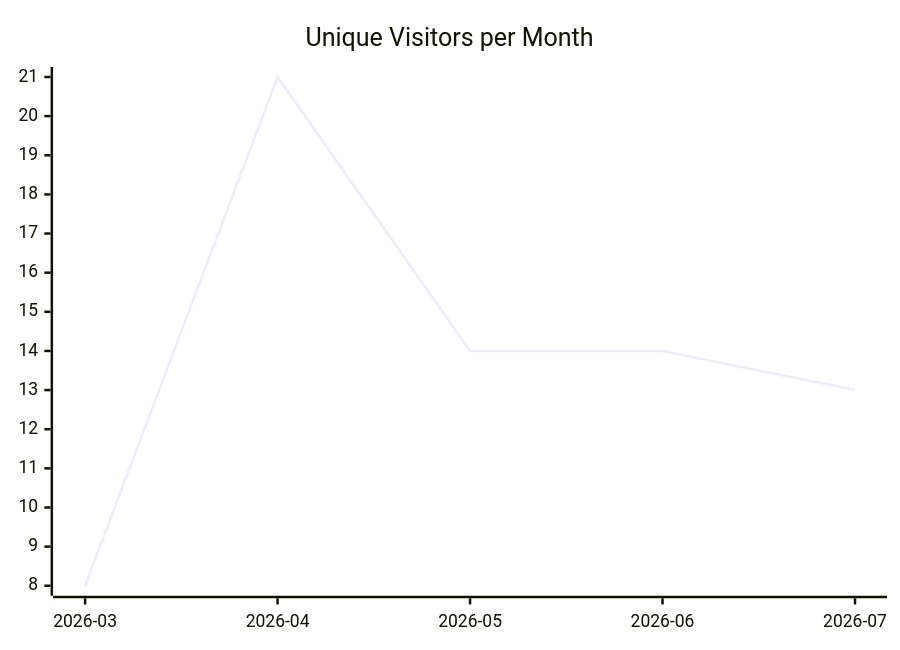
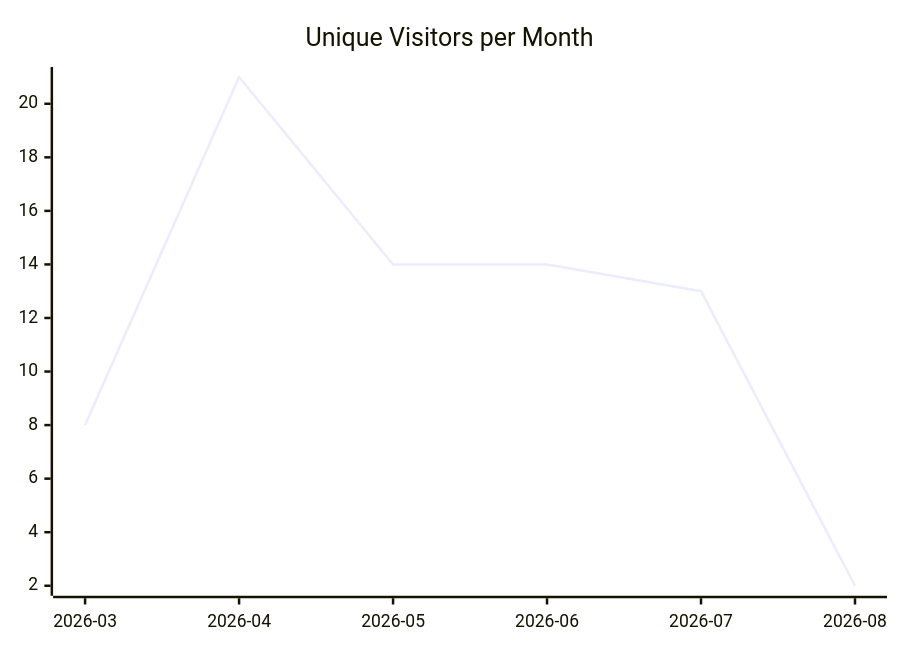
Before and after one commit to justdavis-family/github-analytics-data: the first of 3 diagrams in karlmdavis/ksoap2-android/README.md, drawn with Mermaid. The commit also changed other lines of this file and 180 other files, not shown here.

````diff
--- a/karlmdavis/ksoap2-android/README.md
+++ b/karlmdavis/ksoap2-android/README.md
@@ -5,6 +5,6 @@
 ```mermaid
 xychart-beta
   title "Unique Visitors per Month"
-  x-axis ["2026-03", "2026-04", "2026-05", "2026-06", "2026-07"]
-  line [8, 21, 14, 14, 13]
+  x-axis ["2026-03", "2026-04", "2026-05", "2026-06", "2026-07", "2026-08"]
+  line [8, 21, 14, 14, 13, 2]
 ```
````
